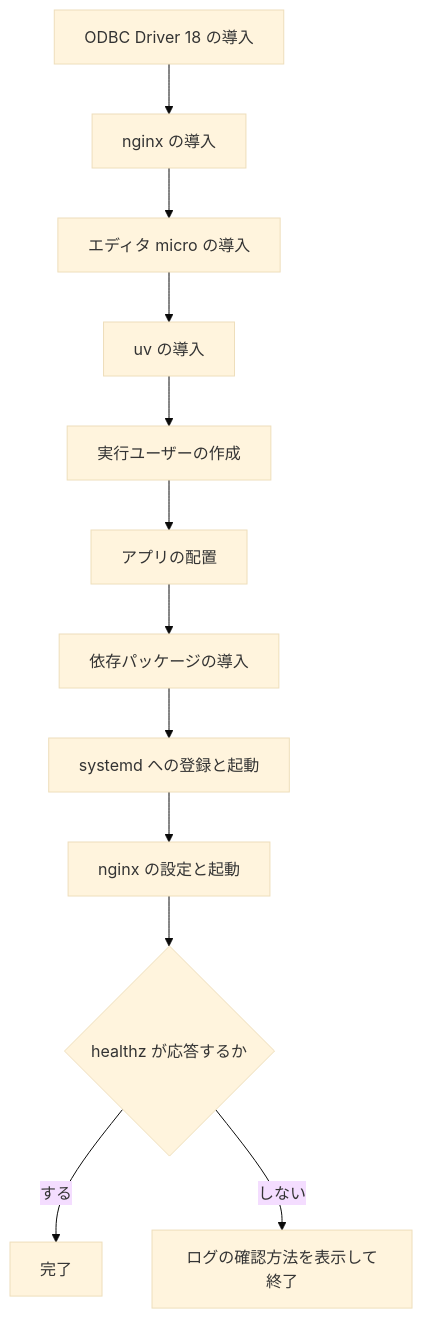
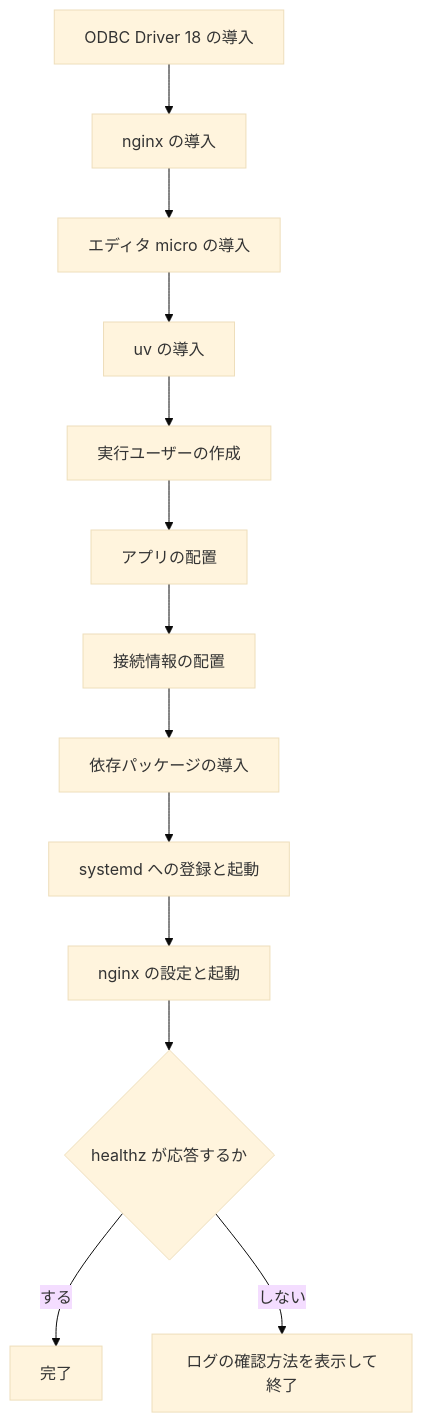
Before and after one commit to m-oka-system/mssql-todo-app: the diagram in deploy/README.md, drawn with Mermaid (base theme). The commit also changed other lines of this file and 9 other files, not shown here.

````diff
--- a/deploy/README.md
+++ b/deploy/README.md
@@ -26,14 +26,15 @@
 ```mermaid
 flowchart TD
     A[ODBC Driver 18 の導入] --> B[nginx の導入]
     B --> M[エディタ micro の導入]
     M --> C[uv の導入]
     C --> D[実行ユーザーの作成]
     D --> E[アプリの配置]
-    E --> F[依存パッケージの導入]
+    E --> N[接続情報の配置]
+    N --> F[依存パッケージの導入]
     F --> G[systemd への登録と起動]
     G --> H[nginx の設定と起動]
     H --> I{healthz が応答するか}
     I -->|する| J[完了]
     I -->|しない| K[ログの確認方法を表示して終了]
 ```
````
